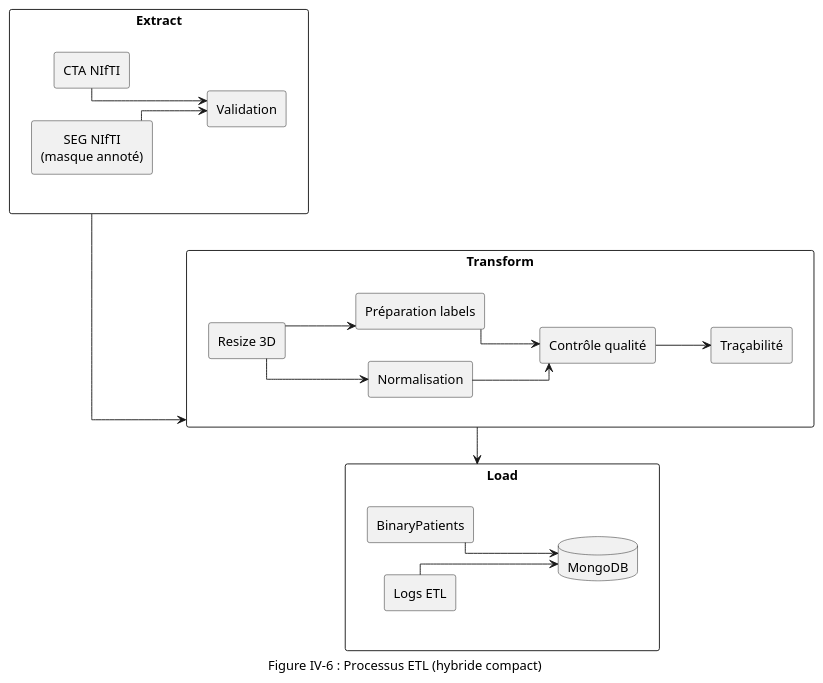
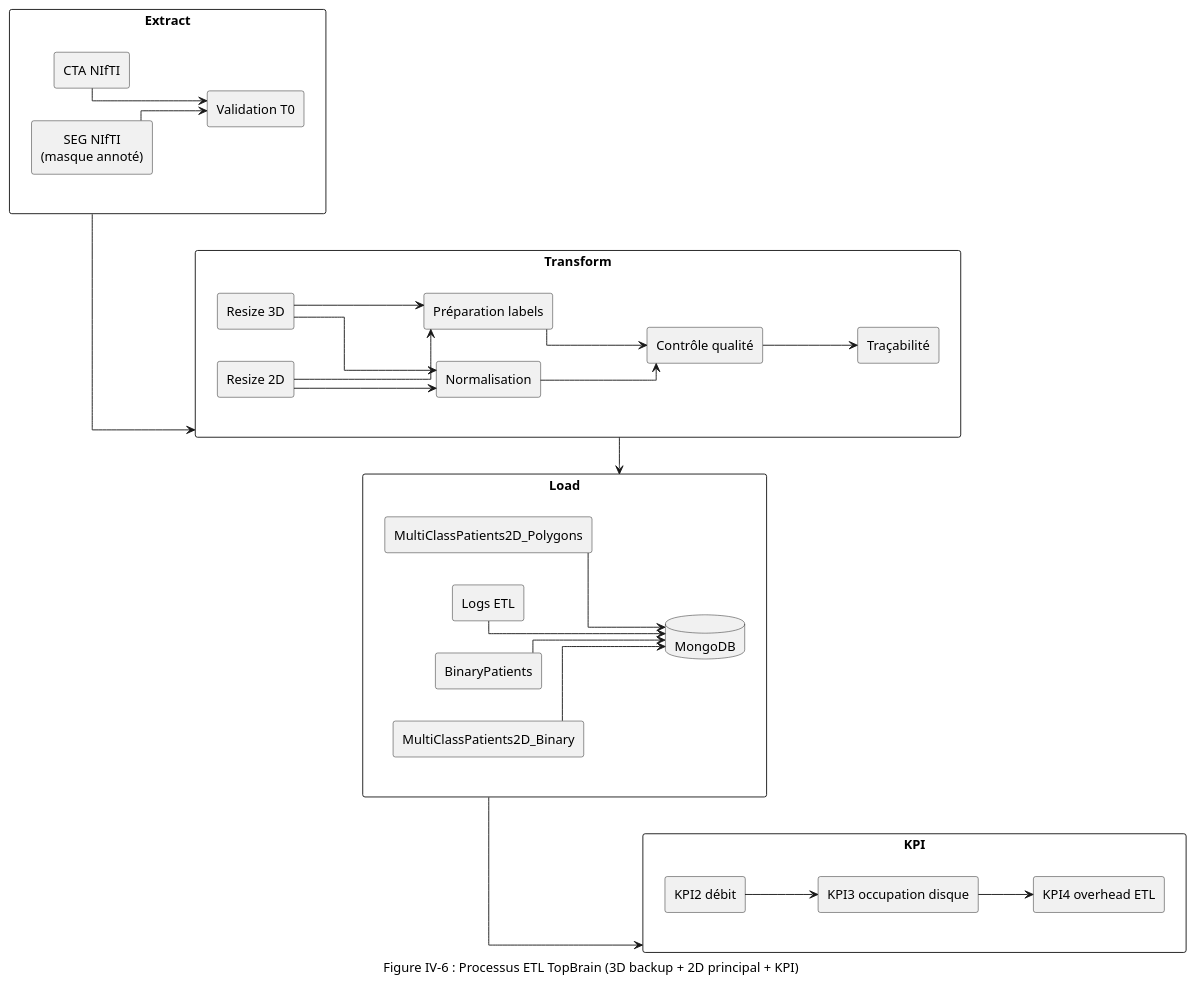
The diagram in Diagramme/Figure_IV_6_ETL_Processus_Epure.puml (ChelabiMaroua/TopBrain_Project), drawn with PlantUML before and after one commit. The commit also changed 22 other files, not shown here.

```diff
--- a/Diagramme/Figure_IV_6_ETL_Processus_Epure.puml
+++ b/Diagramme/Figure_IV_6_ETL_Processus_Epure.puml
@@ -1,54 +1,69 @@
 @startuml
-caption Figure IV-6 : Processus ETL (hybride compact)
+caption Figure IV-6 : Processus ETL TopBrain (3D backup + 2D principal + KPI)
 
 skinparam shadowing false
 skinparam packageStyle rectangle
 skinparam componentStyle rectangle
 skinparam defaultTextAlignment center
 skinparam linetype ortho
 
 ' --- Ligne du haut : Extract et Transform côte à côte ---
 left to right direction
 
 rectangle "Extract" as EX {
   component "CTA NIfTI" as CTA
   component "SEG NIfTI\n(masque annoté)" as SEG
-  component "Validation" as VAL
+  component "Validation T0" as VAL
 }
 
 rectangle "Transform" as TR {
-  component "Resize 3D" as RS
+  component "Resize 3D" as RS3
+  component "Resize 2D" as RS2
   component "Normalisation" as NM
   component "Préparation labels" as LB
   component "Contrôle qualité" as QC
   component "Traçabilité" as TC
 }
 
-' --- Bloc Load en dessous ---
 rectangle "Load" as LD {
-  component "BinaryPatients" as BIN
+  component "BinaryPatients" as BIN3D
+  component "MultiClassPatients2D_Binary" as BIN2D
+  component "MultiClassPatients2D_Polygons" as POL2D
   component "Logs ETL" as LOG
   database "MongoDB" as MDB
+}
+
+rectangle "KPI" as KP {
+  component "KPI2 débit" as K2
+  component "KPI3 occupation disque" as K3
+  component "KPI4 overhead ETL" as K4
 }
 
 ' --- Forcer Load en dessous des deux autres ---
 TR -[hidden]-> LD
 
 ' --- Relations principales de bloc à bloc ---
 EX --> TR
 TR --> LD
+LD --> KP
 
 ' --- Relations internes (optionnelles, si tu veux les garder) ---
 CTA --> VAL
 SEG --> VAL
 
-RS --> NM
-RS --> LB
+RS3 --> NM
+RS2 --> NM
+RS3 --> LB
+RS2 --> LB
 NM --> QC
 LB --> QC
 QC --> TC
 
 
-BIN --> MDB
+BIN3D --> MDB
+BIN2D --> MDB
+POL2D --> MDB
 LOG --> MDB
+K2 --> K3
+K3 --> K4
 @enduml
```
